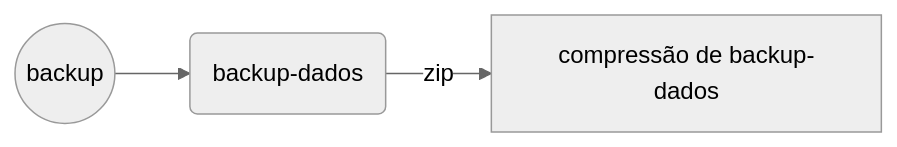
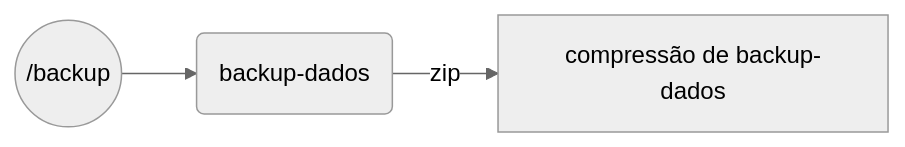
One commit to jqln-vc/compass-academy changed the fourth of 5 diagrams in sprint1/desafio/README.md. Above: the diagram before and after it, drawn with Mermaid (neutral theme). The commit also changed other lines of this file, not shown here.

````diff
--- a/sprint1/desafio/README.md
+++ b/sprint1/desafio/README.md
@@ -91,6 +91,6 @@
 ```mermaid
 graph LR
-    A((backup))--> B(backup-dados)
+    A((/backup))--> B(backup-dados)
     B -- zip --> C[compressão de backup-dados]
 
 ```
````
